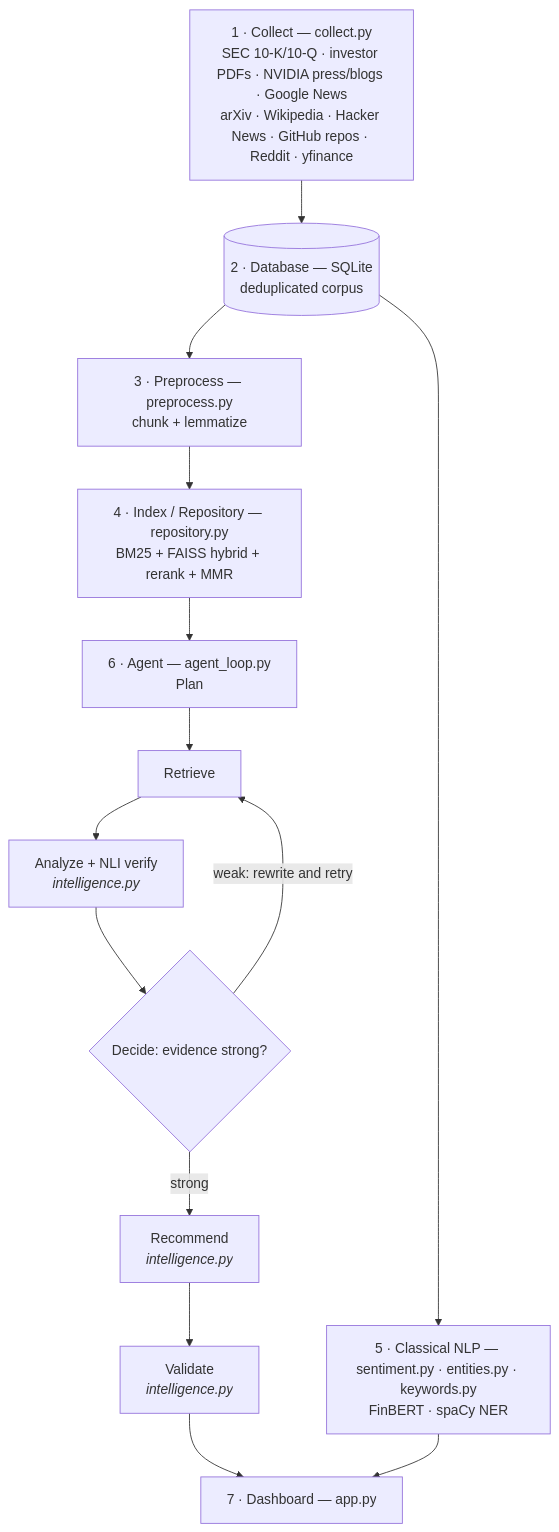
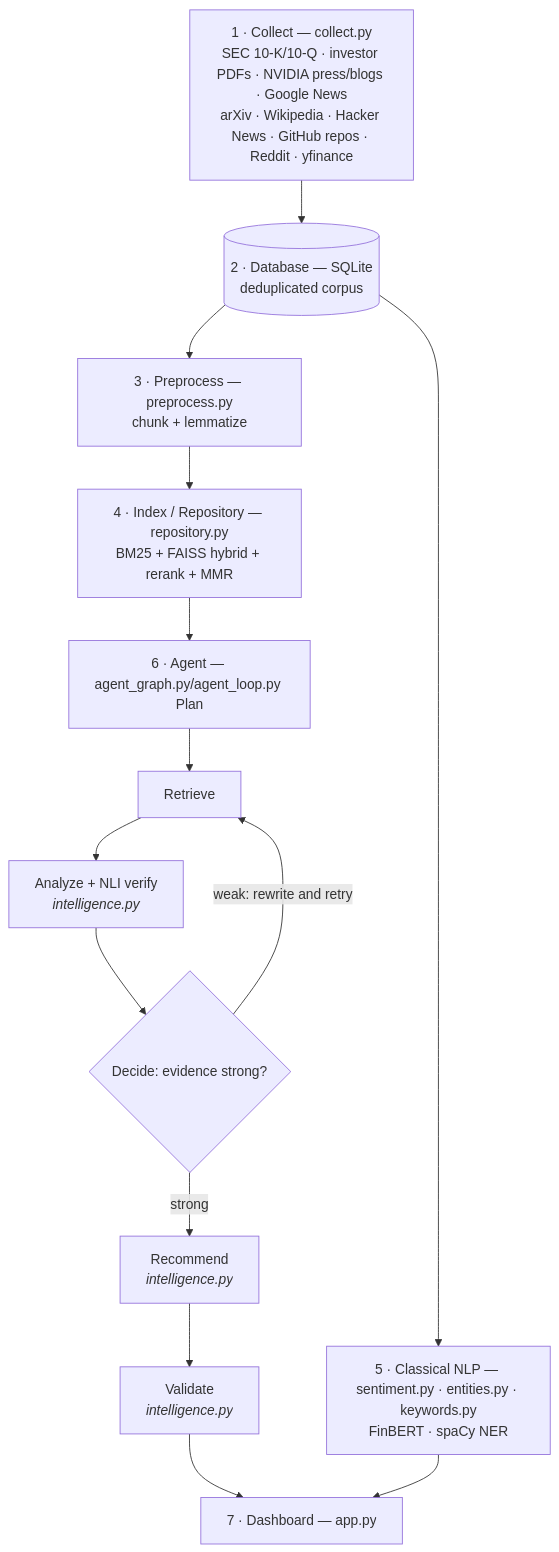
Before and after one commit to AnushkaSDBI/NVIDIA-CEO-AGENT: the diagram in README.md, drawn with Mermaid. The commit also changed other lines of this file, not shown here.

````diff
--- a/README.md
+++ b/README.md
@@ -101,19 +101,19 @@
 ```mermaid
 flowchart TD
     SRC["1 · Collect — collect.py<br/>SEC 10-K/10-Q · investor PDFs · NVIDIA press/blogs · Google News<br/>arXiv · Wikipedia · Hacker News · GitHub repos · Reddit · yfinance"]
     SRC --> DB[("2 · Database — SQLite<br/>deduplicated corpus")]
     DB --> PRE["3 · Preprocess — preprocess.py<br/>chunk + lemmatize"]
     PRE --> IDX["4 · Index / Repository — repository.py<br/>BM25 + FAISS hybrid + rerank + MMR"]
     DB --> NLP["5 · Classical NLP — sentiment.py · entities.py · keywords.py<br/>FinBERT · spaCy NER"]
 
-    IDX --> PLAN["6 · Agent — agent_loop.py <br/>Plan"]
+    IDX --> PLAN["6 · Agent — agent_graph.py/agent_loop.py <br/>Plan"]
     PLAN --> RET["Retrieve"]
     RET --> ANA["Analyze + NLI verify<br/><i>intelligence.py</i>"]
     ANA --> DEC{"Decide: evidence strong?"}
     DEC -->|weak: rewrite and retry| RET
     DEC -->|strong| REC["Recommend<br/><i>intelligence.py</i>"]
     REC --> VAL["Validate<br/><i>intelligence.py</i>"]
 
     VAL --> APP["7 · Dashboard — app.py"]
     NLP --> APP
 ```
````
